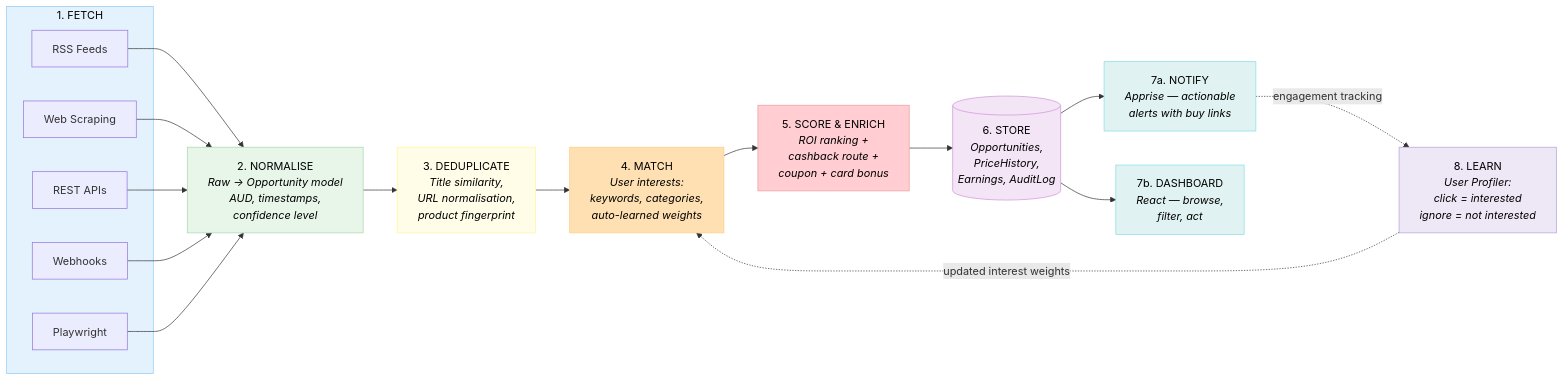
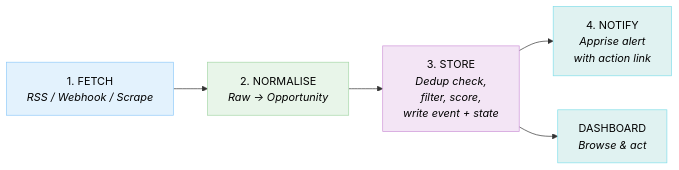
Before and after one commit to abhishekmandhare/Dealme: the fifth of 7 diagrams in docs/ARCHITECTURE.md, drawn with Mermaid. The commit also changed other lines of this file and 3 other files, not shown here.

````diff
--- a/docs/ARCHITECTURE.md
+++ b/docs/ARCHITECTURE.md
@@ -307,48 +208,17 @@
 ```mermaid
 graph LR
-    subgraph Fetch["1. FETCH"]
-        RSS["RSS Feeds"]
-        Scrape["Web Scraping"]
-        APIf["REST APIs"]
-        Webhooks["Webhooks"]
-        Browser["Playwright"]
-    end
+    Fetch["1. FETCH<br/><i>RSS / Webhook / Scrape</i>"]
+    Normalise["2. NORMALISE<br/><i>Raw → Opportunity</i>"]
+    Store["3. STORE<br/><i>Dedup check,<br/>filter, score,<br/>write event + state</i>"]
+    Notify["4. NOTIFY<br/><i>Apprise alert<br/>with action link</i>"]
+    Dashboard["DASHBOARD<br/><i>Browse & act</i>"]
 
-    Normalise["2. NORMALISE<br/><i>Raw → Opportunity model<br/>AUD, timestamps,<br/>confidence level</i>"]
-
-    Dedup["3. DEDUPLICATE<br/><i>Title similarity,<br/>URL normalisation,<br/>product fingerprint</i>"]
-
-    Match["4. MATCH<br/><i>User interests:<br/>keywords, categories,<br/>auto-learned weights</i>"]
-
-    Score["5. SCORE & ENRICH<br/><i>ROI ranking +<br/>cashback route +<br/>coupon + card bonus</i>"]
-
-    Store[("6. STORE<br/><i>Opportunities,<br/>PriceHistory,<br/>Earnings, AuditLog</i>")]
-
-    Notify["7a. NOTIFY<br/><i>Apprise — actionable<br/>alerts with buy links</i>"]
-    Dash["7b. DASHBOARD<br/><i>React — browse,<br/>filter, act</i>"]
-
-    Learn["8. LEARN<br/><i>User Profiler:<br/>click = interested<br/>ignore = not interested</i>"]
-
-    RSS --> Normalise
-    Scrape --> Normalise
-    APIf --> Normalise
-    Webhooks --> Normalise
-    Browser --> Normalise
-
-    Normalise --> Dedup --> Match --> Score --> Store
-    Store --> Notify
-    Store --> Dash
-
-    Notify -.->|"engagement tracking"| Learn
-    Learn -.->|"updated interest weights"| Match
+    Fetch --> Normalise --> Store --> Notify
+    Store --> Dashboard
 
     style Fetch fill:#E3F2FD,stroke:#90CAF9,color:#000
     style Normalise fill:#E8F5E9,stroke:#A5D6A7,color:#000
-    style Dedup fill:#FFFDE7,stroke:#FFF59D,color:#000
-    style Match fill:#FFE0B2,stroke:#FFCC80,color:#000
-    style Score fill:#FFCDD2,stroke:#EF9A9A,color:#000
     style Store fill:#F3E5F5,stroke:#CE93D8,color:#000
     style Notify fill:#E0F2F1,stroke:#80DEEA,color:#000
-    style Dash fill:#E0F2F1,stroke:#80DEEA,color:#000
-    style Learn fill:#EDE7F6,stroke:#B39DDB,color:#000
+    style Dashboard fill:#E0F2F1,stroke:#80DEEA,color:#000
 ```
````
